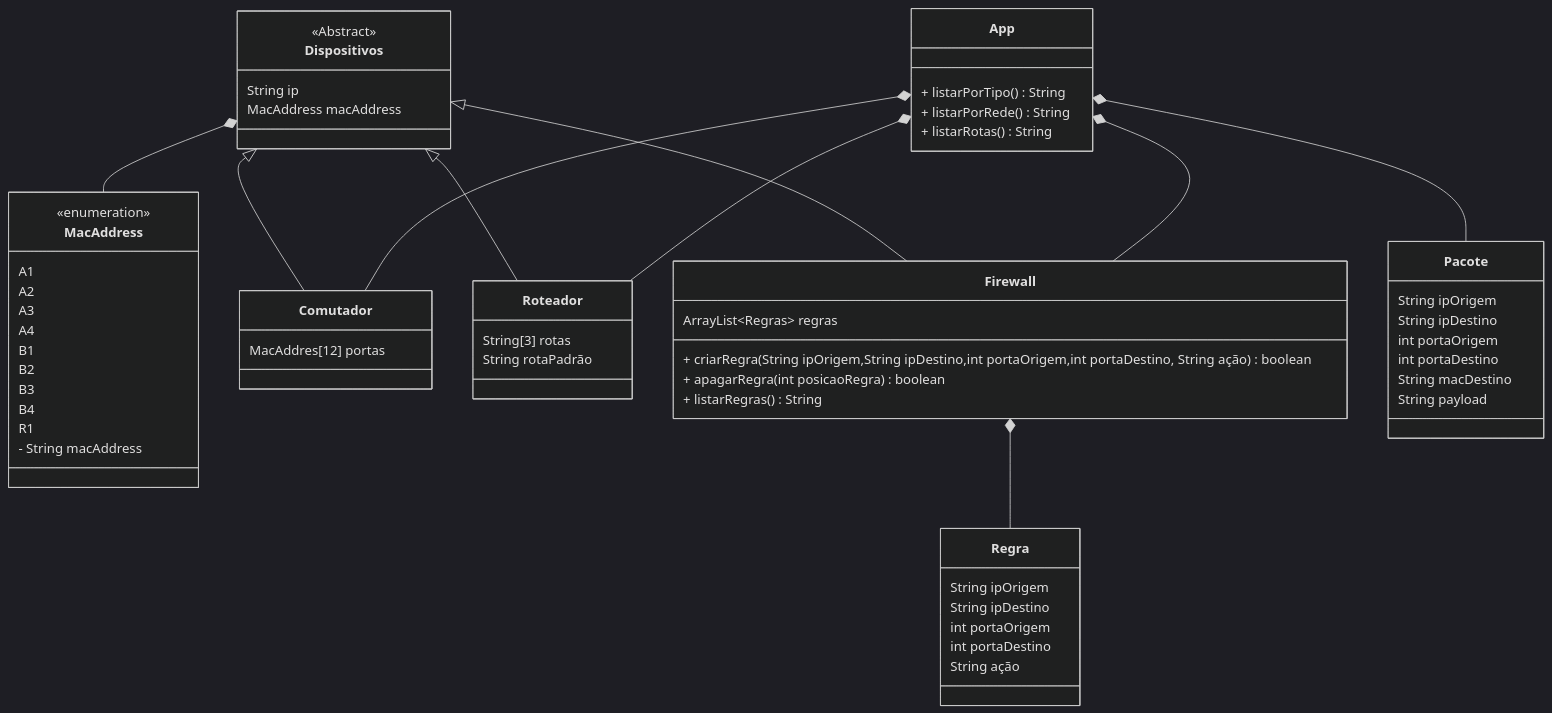
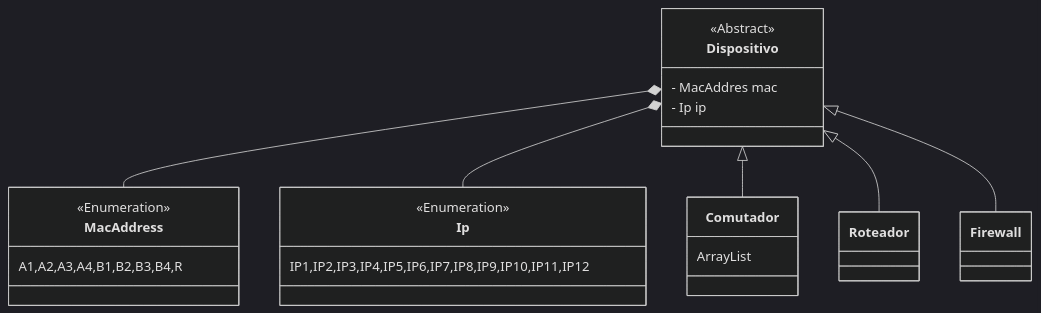
One commit to vgguerra/Network-Simulator changed the diagram in README.md. Above: the diagram before and after it, drawn with Mermaid (dark theme). The commit also changed 10 other files, not shown here.

````diff
--- a/README.md
+++ b/README.md
@@ -1,75 +1,40 @@
 ```mermaid
 classDiagram
     
     class MacAddress{
-        <<enumeration>>
-        A1
-        A2
-        A3
-        A4
-        B1
-        B2
-        B3
-        B4
-        R1
-        
-        - String macAddress
-    }
-        
-    
-    class Dispositivos{
-        <<Abstract>>
-        String ip
-        MacAddress macAddress
+        <<Enumeration>>
+        A1,A2,A3,A4,B1,B2,B3,B4,R
     }
     
-    class Comutador{
-        MacAddres[12] portas
+    class Ip{
+        <<Enumeration>>
+        IP1,IP2,IP3,IP4,IP5,IP6,IP7,IP8,IP9,IP10,IP11,IP12
     }
     
-    class Roteador{
-        String[3] rotas
-        String rotaPadrão
-    }
+    class Dispositivo{
+        <<Abstract>>
+        - MacAddres mac
+        - Ip ip
+    }        
     
-    class Regra{
-        String ipOrigem
-        String ipDestino
-        int portaOrigem
-        int portaDestino
-        String ação
-    }
-    
-    class Firewall{
-        ArrayList~Regras~ regras
+   class Comutador{
+        ArrayList
+   }
+   
+   class Roteador{
+       
+   }
+   
+   class Firewall{
+       
+   }
+   
+   Dispositivo *-- MacAddress
+   Dispositivo *-- Ip
+   
+   Dispositivo <|-- Comutador
+   Dispositivo <|-- Roteador
+   Dispositivo <|-- Firewall
+        
 
-        + criarRegra(String ipOrigem,String ipDestino,int portaOrigem,int portaDestino, String ação) boolean
-        + apagarRegra(int posicaoRegra) boolean
-        + listarRegras() String
-    }
-    
-    class Pacote{
-        String ipOrigem
-        String ipDestino
-        int portaOrigem
-        int portaDestino
-        String macDestino
-        String payload
-    }
-    
-    class App{
-        + listarPorTipo() String
-        + listarPorRede() String
-        + listarRotas() String
-    }
-        
-Dispositivos <|-- Comutador
-Dispositivos <|-- Roteador
-Dispositivos <|-- Firewall
-Firewall *-- Regra
-Dispositivos *-- MacAddress
-App *-- Comutador
-App *-- Firewall
-App *-- Roteador
-App *-- Pacote
 ```
````
